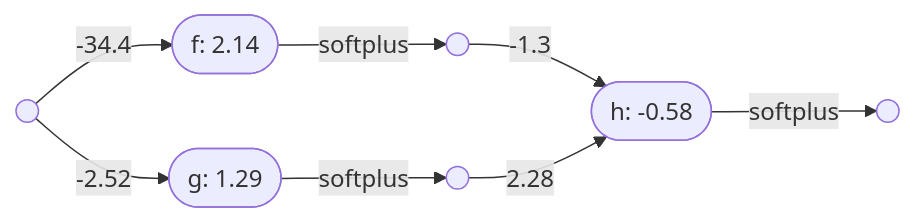
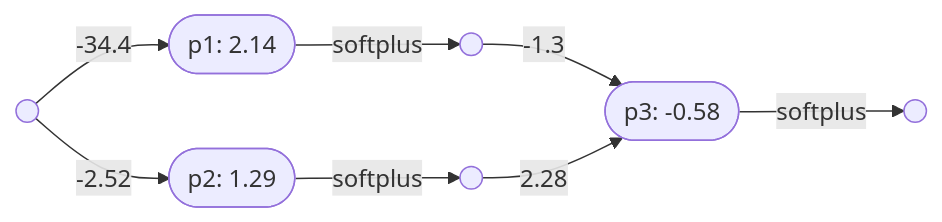
One commit to conmaol/maglocunus changed the first of 5 diagrams in nodes/neural_networks.md. Above: the diagram before and after it, drawn with Mermaid. The commit also changed other lines of this file, not shown here.

````diff
--- a/nodes/neural_networks.md
+++ b/nodes/neural_networks.md
@@ -7,10 +7,10 @@
 ```mermaid
 graph LR
-    A(( )) -- "-34.4" --> B(["f: 2.14"])
-    A -- "-2.52" --> C(["g: 1.29"])
+    A(( )) -- "-34.4" --> B(["p1: 2.14"])
+    A -- "-2.52" --> C(["p2: 1.29"])
     B -- "softplus" --> D(( ))
     C -- "softplus" --> E(( ))
-    D -- "-1.3" --> F(["h: -0.58"])
+    D -- "-1.3" --> F(["p3: -0.58"])
     E -- "2.28" --> F
     F -- "softplus" --> G(( ))
 ```
````
